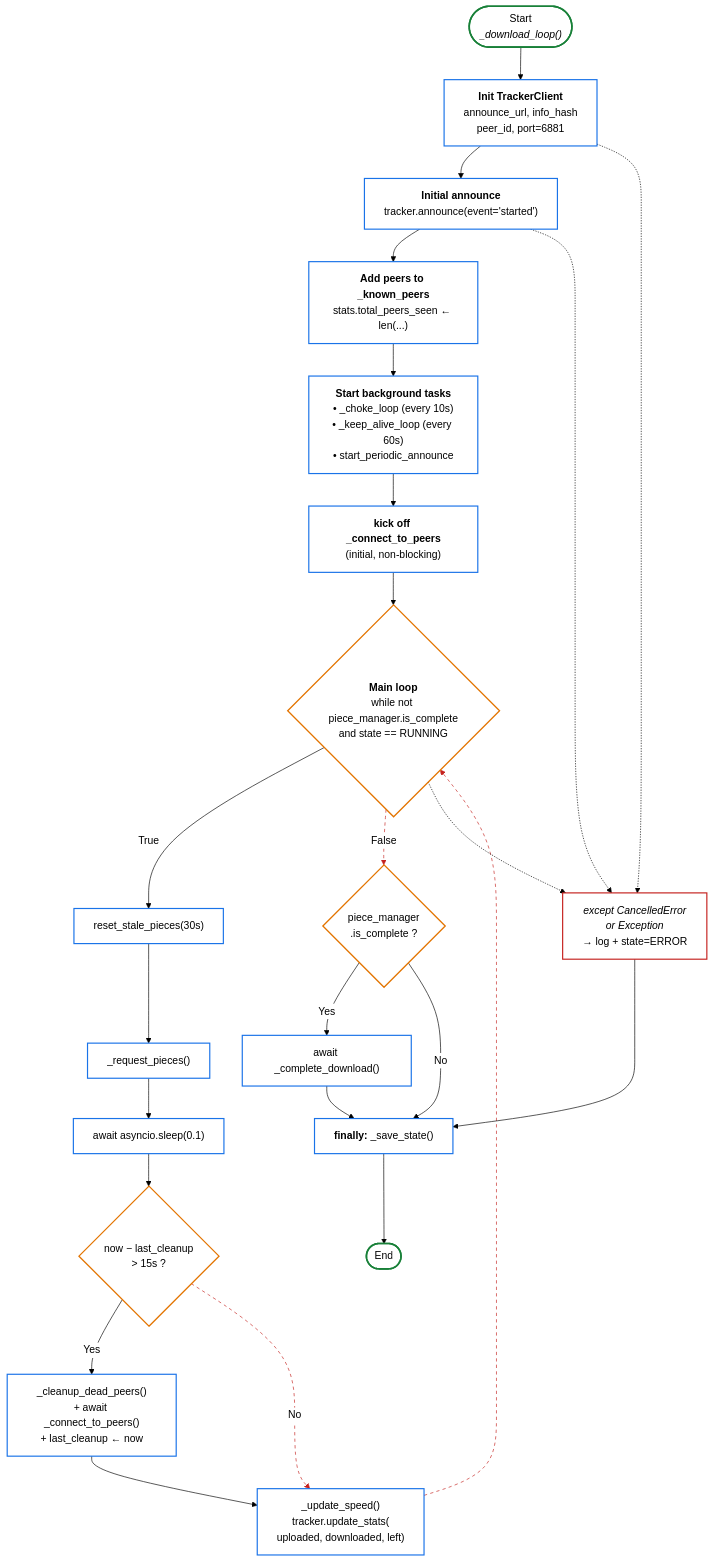
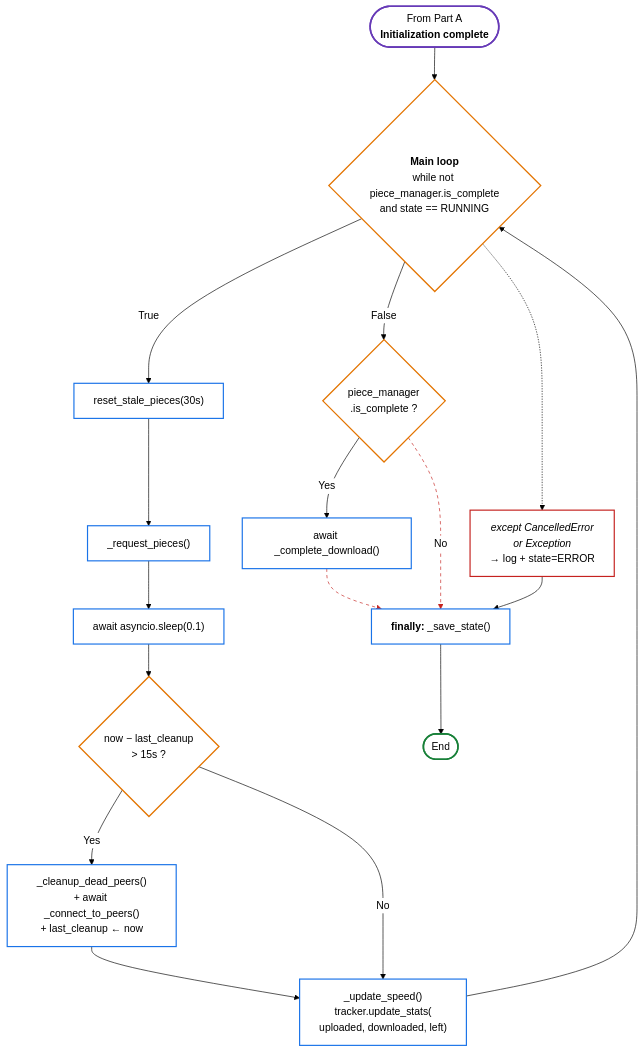
The second of 2 diagrams in docs/Fig-04.md (Adamzvulun/Project_Gal), drawn with Mermaid before and after one commit. The commit also changed other lines of this file, not shown here.

First line of the commit message:
docs(Fig-04): split flowchart into Part A (init) + Part B (loop)

````diff
--- a/docs/Fig-04.md
+++ b/docs/Fig-04.md
@@ -11,55 +65,48 @@
 ```mermaid
-%%{init: {'theme':'base', 'themeVariables': {'background':'#FFFFFF', 'primaryColor':'#FFFFFF', 'primaryBorderColor':'#000000', 'primaryTextColor':'#000000', 'lineColor':'#000000', 'edgeLabelBackground':'#FFFFFF', 'tertiaryColor':'#FFFFFF', 'clusterBkg':'#FFFFFF', 'clusterBorder':'#888888'}}}%%
+%%{init: {'theme':'base', 'themeVariables': {'background':'#FFFFFF', 'primaryColor':'#FFFFFF', 'primaryBorderColor':'#000000', 'primaryTextColor':'#000000', 'lineColor':'#000000', 'edgeLabelBackground':'#FFFFFF', 'tertiaryColor':'#FFFFFF'}}}%%
 flowchart TB
-    START(["Start<br/><i>_download_loop()</i>"])
-
-    INIT["<b>Init TrackerClient</b><br/>announce_url, info_hash<br/>peer_id, port=6881"]
-    ANNOUNCE["<b>Initial announce</b><br/>tracker.announce(event='started')"]
-    ADDPEERS["<b>Add peers to _known_peers</b><br/>stats.total_peers_seen ← len(...)"]
-
-    BG["<b>Start background tasks</b><br/>• _choke_loop (every 10s)<br/>• _keep_alive_loop (every 60s)<br/>• start_periodic_announce"]
-    KICKCONN["<b>kick off _connect_to_peers</b><br/>(initial, non-blocking)"]
+    PREV(["From Part A<br/><b>Initialization complete</b>"])
 
     LOOP{"<b>Main loop</b><br/>while not piece_manager.is_complete<br/>and state == RUNNING"}
 
     RESET["reset_stale_pieces(30s)"]
     REQ["_request_pieces()"]
     SLEEP["await asyncio.sleep(0.1)"]
 
     CLEANCHK{"now − last_cleanup<br/>> 15s ?"}
     CLEAN["_cleanup_dead_peers()<br/>+ await _connect_to_peers()<br/>+ last_cleanup ← now"]
 
     UPDATE["_update_speed()<br/>tracker.update_stats(<br/>uploaded, downloaded, left)"]
 
     COMPCHK{"piece_manager<br/>.is_complete ?"}
     COMPLETE["await _complete_download()"]
 
     EXC["<i>except CancelledError<br/>or Exception</i><br/>→ log + state=ERROR"]
     FIN["<b>finally:</b> _save_state()"]
     END(["End"])
 
-    START --> INIT --> ANNOUNCE --> ADDPEERS --> BG --> KICKCONN --> LOOP
-    LOOP -- "True" --> RESET --> REQ --> SLEEP --> CLEANCHK
+    PREV --> LOOP
+    LOOP -- "True"  --> RESET --> REQ --> SLEEP --> CLEANCHK
     CLEANCHK -- "Yes" --> CLEAN --> UPDATE
     CLEANCHK -- "No"  --> UPDATE
     UPDATE --> LOOP
     LOOP -- "False" --> COMPCHK
     COMPCHK -- "Yes" --> COMPLETE --> FIN
     COMPCHK -- "No"  --> FIN
-    INIT -.-> EXC
-    ANNOUNCE -.-> EXC
     LOOP -.-> EXC
-    EXC --> FIN
-    FIN --> END
+    EXC  --> FIN
+    FIN  --> END
 
     classDef startend fill:#FFFFFF,stroke:#188038,stroke-width:2.5px,color:#000;
     classDef proc     fill:#FFFFFF,stroke:#1A73E8,stroke-width:1.8px,color:#000;
     classDef decision fill:#FFFFFF,stroke:#E37400,stroke-width:2px,color:#000;
+    classDef link     fill:#FFFFFF,stroke:#673AB7,stroke-width:2.5px,color:#000;
     classDef error    fill:#FFFFFF,stroke:#C5221F,stroke-width:1.8px,color:#000;
-    class START,END startend;
-    class INIT,ANNOUNCE,ADDPEERS,BG,KICKCONN,RESET,REQ,SLEEP,CLEAN,UPDATE,COMPLETE,FIN proc;
+    class END startend;
+    class PREV link;
+    class RESET,REQ,SLEEP,CLEAN,UPDATE,COMPLETE,FIN proc;
     class LOOP,CLEANCHK,COMPCHK decision;
     class EXC error;
 
-    linkStyle 12,13,14 stroke:#C5221F,stroke-dasharray:5 5;
+    linkStyle 11,12 stroke:#C5221F,stroke-dasharray:5 5;
 ```
````
